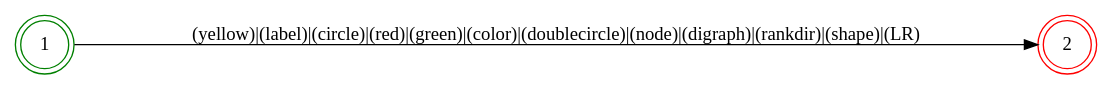
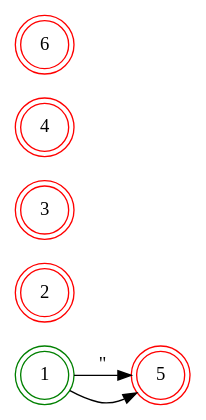
Before and after one commit to v012345/lua5.4.4: the diagram in scripts/lua/dot/NDF.dot, drawn with Graphviz. The commit also changed 1 other file, not shown here.

```diff
--- a/scripts/lua/dot/NDF.dot
+++ b/scripts/lua/dot/NDF.dot
@@ -1,8 +1,13 @@
 digraph NDF {
     rankdir = LR;
     node [shape = doublecircle;];
     1 [color = green;];
     2 [color = red;];
+    3 [color = red;];
+    4 [color = red;];
+    5 [color = red;];
+    6 [color = red;];
     node [shape = circle;];
-    1 -> 2 [label = "(yellow)|(label)|(circle)|(red)|(green)|(color)|(doublecircle)|(node)|(digraph)|(rankdir)|(shape)|(LR)";];
+    1 -> 5 [label = "\"";];
+    1 -> 5 [label = "\n";];
 }
```
